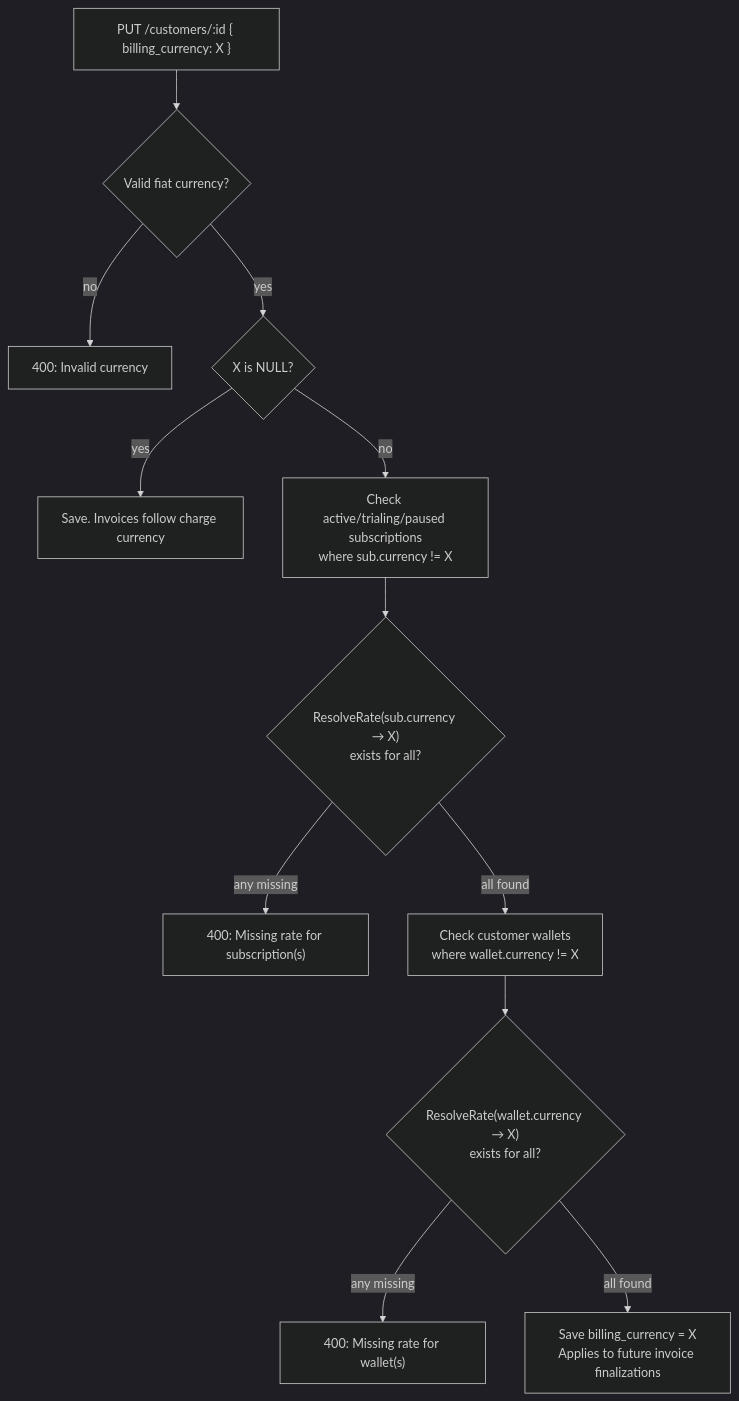
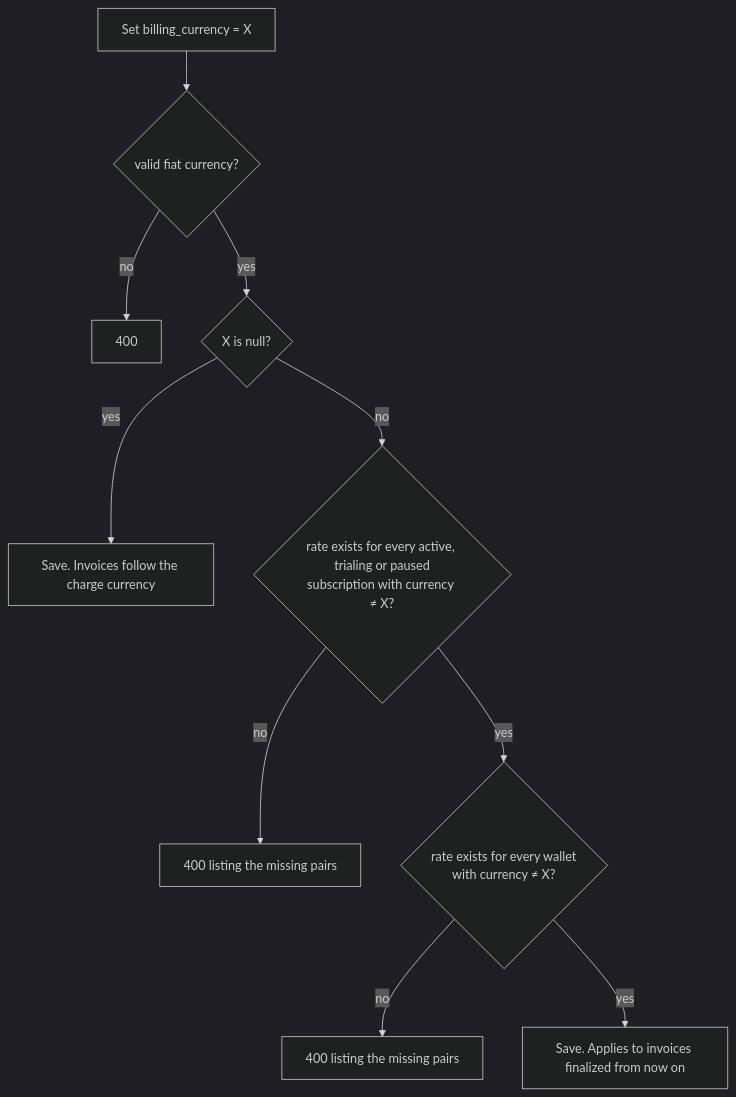
Before and after one commit to aghijap/flexprice-FLE-1411: the sixth of 7 diagrams in docs/design/2026-09-26-FLE-1383-adaptive-multi-currency-erd.md, drawn with Mermaid (dark theme). The commit also changed other lines of this file, not shown here.

First line of the commit message:
docs(FLE-1383): restructure the ERD for review

````diff
--- a/docs/design/2026-09-26-FLE-1383-adaptive-multi-currency-erd.md
+++ b/docs/design/2026-09-26-FLE-1383-adaptive-multi-currency-erd.md
@@ -584,14 +566,12 @@
 ```mermaid
 flowchart TD
-    A["PUT /customers/:id { billing_currency: X }"] --> V{"Valid fiat currency?"}
-    V -- no --> R1["400: Invalid currency"]
-    V -- yes --> N{"X is NULL?"}
-    N -- yes --> OK["Save. Invoices follow charge currency"]
-    N -- no --> CHK_SUBS["Check active/trialing/paused subscriptions<br/>where sub.currency != X"]
-    CHK_SUBS --> RS{"ResolveRate(sub.currency → X)<br/>exists for all?"}
-    RS -- any missing --> R2["400: Missing rate for subscription(s)"]
-    RS -- all found --> CHK_WAL["Check customer wallets<br/>where wallet.currency != X"]
-    CHK_WAL --> RW{"ResolveRate(wallet.currency → X)<br/>exists for all?"}
-    RW -- any missing --> R3["400: Missing rate for wallet(s)"]
-    RW -- all found --> SAVE["Save billing_currency = X<br/>Applies to future invoice finalizations"]
+    A["Set billing_currency = X"] --> V{"valid fiat currency?"}
+    V -- no --> R1["400"]
+    V -- yes --> N{"X is null?"}
+    N -- yes --> OK["Save. Invoices follow the charge currency"]
+    N -- no --> S{"rate exists for every active, trialing or paused<br/>subscription with currency ≠ X?"}
+    S -- no --> R2["400 listing the missing pairs"]
+    S -- yes --> W{"rate exists for every wallet<br/>with currency ≠ X?"}
+    W -- no --> R3["400 listing the missing pairs"]
+    W -- yes --> SAVE["Save. Applies to invoices finalized from now on"]
 ```
````
